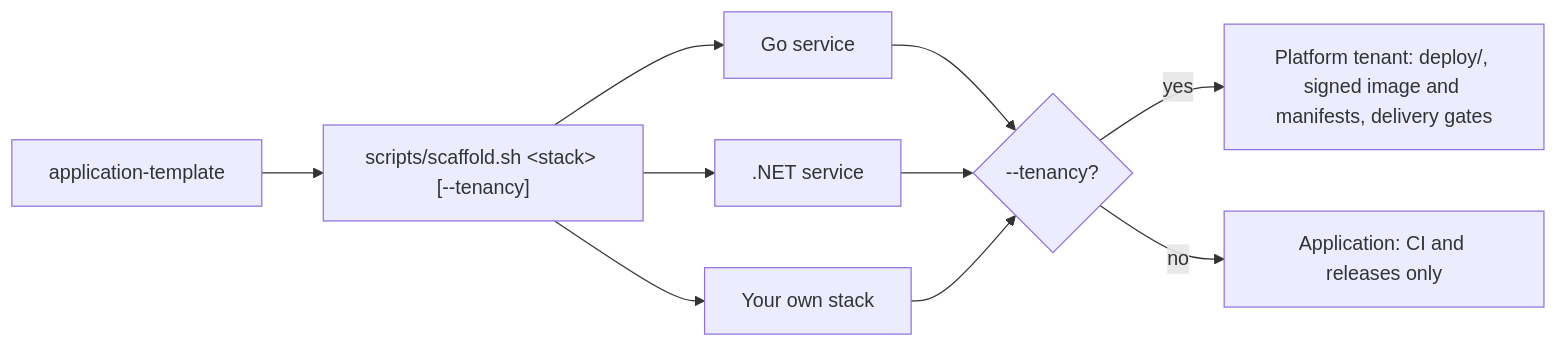
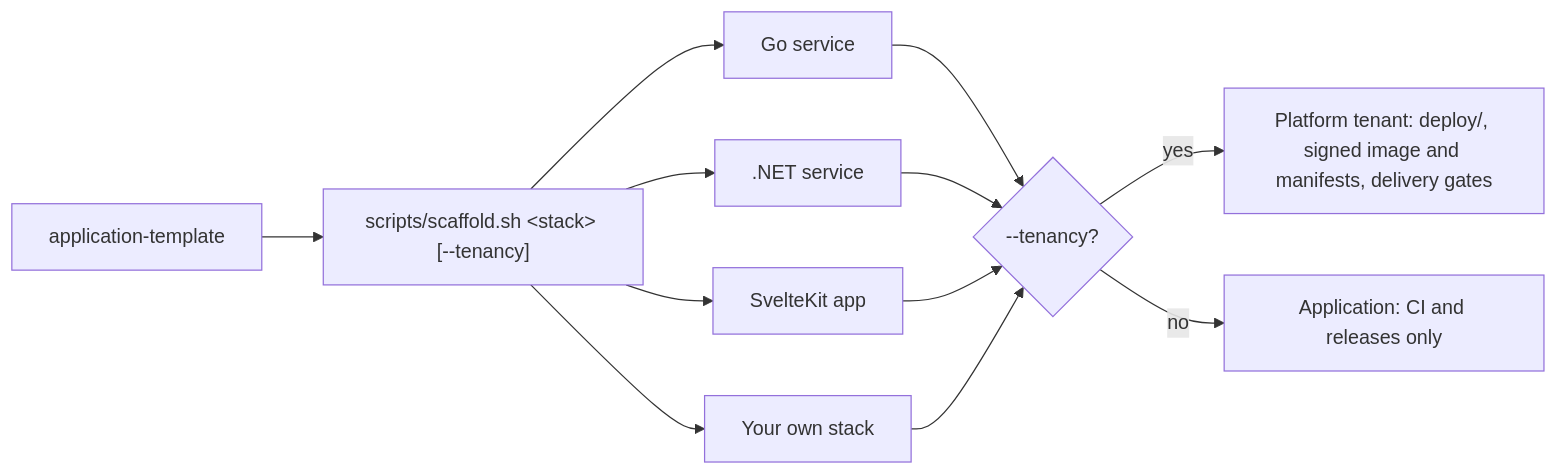
Before and after one commit to devantler-tech/platform-tenant-template: the diagram in README.md, drawn with Mermaid. The commit also changed other lines of this file and 41 other files, not shown here.

First line of the commit message:
feat: share CodeQL, MegaLinter, CodeRabbit and Renovate config, and add a SvelteKit stack (#293)

````diff
--- a/README.md
+++ b/README.md
@@ -14,10 +14,11 @@
 ```mermaid
 flowchart LR
     template[application-template] --> scaffold["scripts/scaffold.sh &lt;stack&gt; [--tenancy]"]
     scaffold --> go[Go service]
     scaffold --> dotnet[.NET service]
+    scaffold --> svelte[SvelteKit app]
     scaffold --> none[Your own stack]
-    go & dotnet & none --> tenancy{--tenancy?}
+    go & dotnet & svelte & none --> tenancy{--tenancy?}
     tenancy -- yes --> tenant[Platform tenant: deploy/, signed image and manifests, delivery gates]
     tenancy -- no --> app[Application: CI and releases only]
 ```
````
